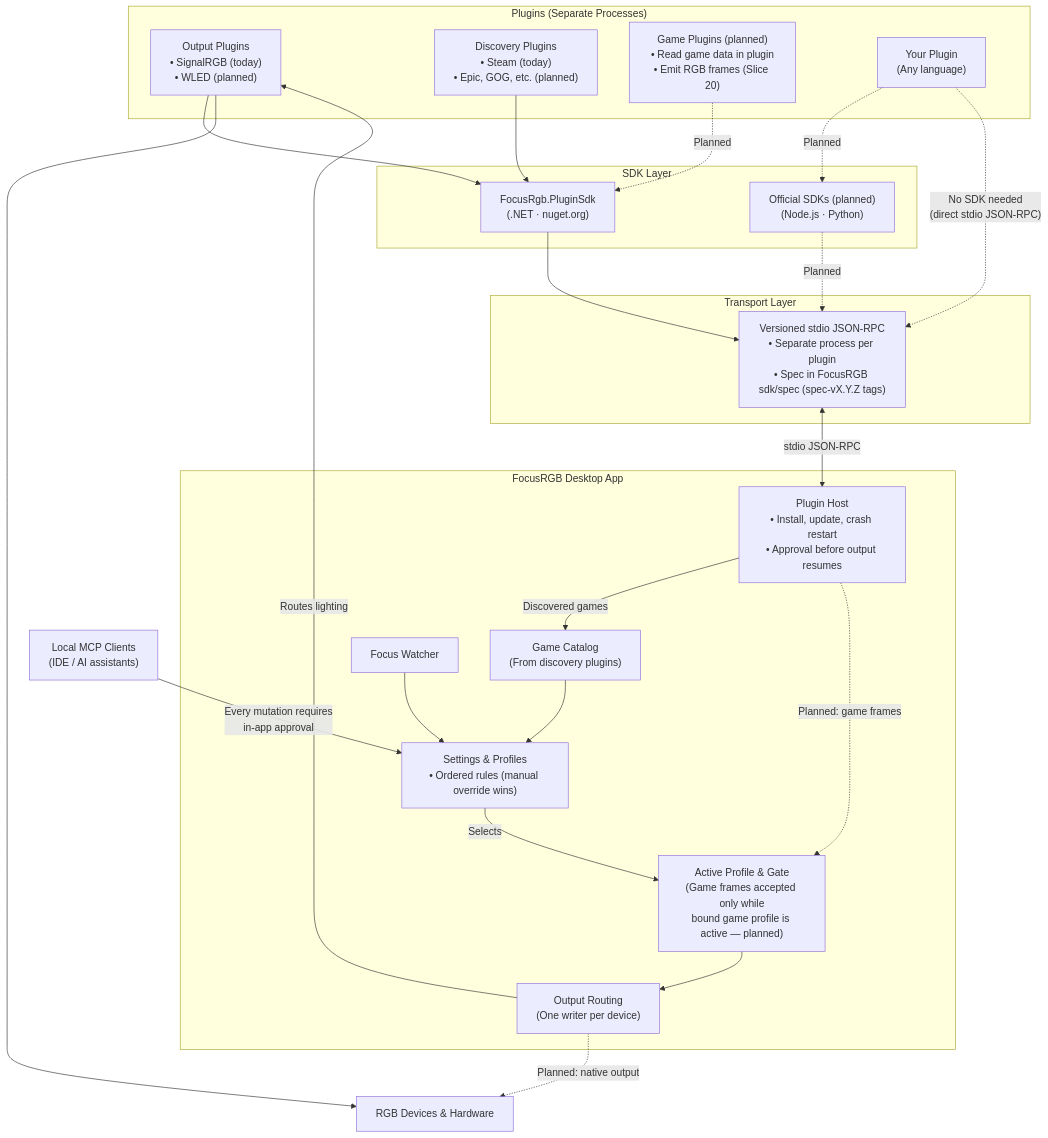
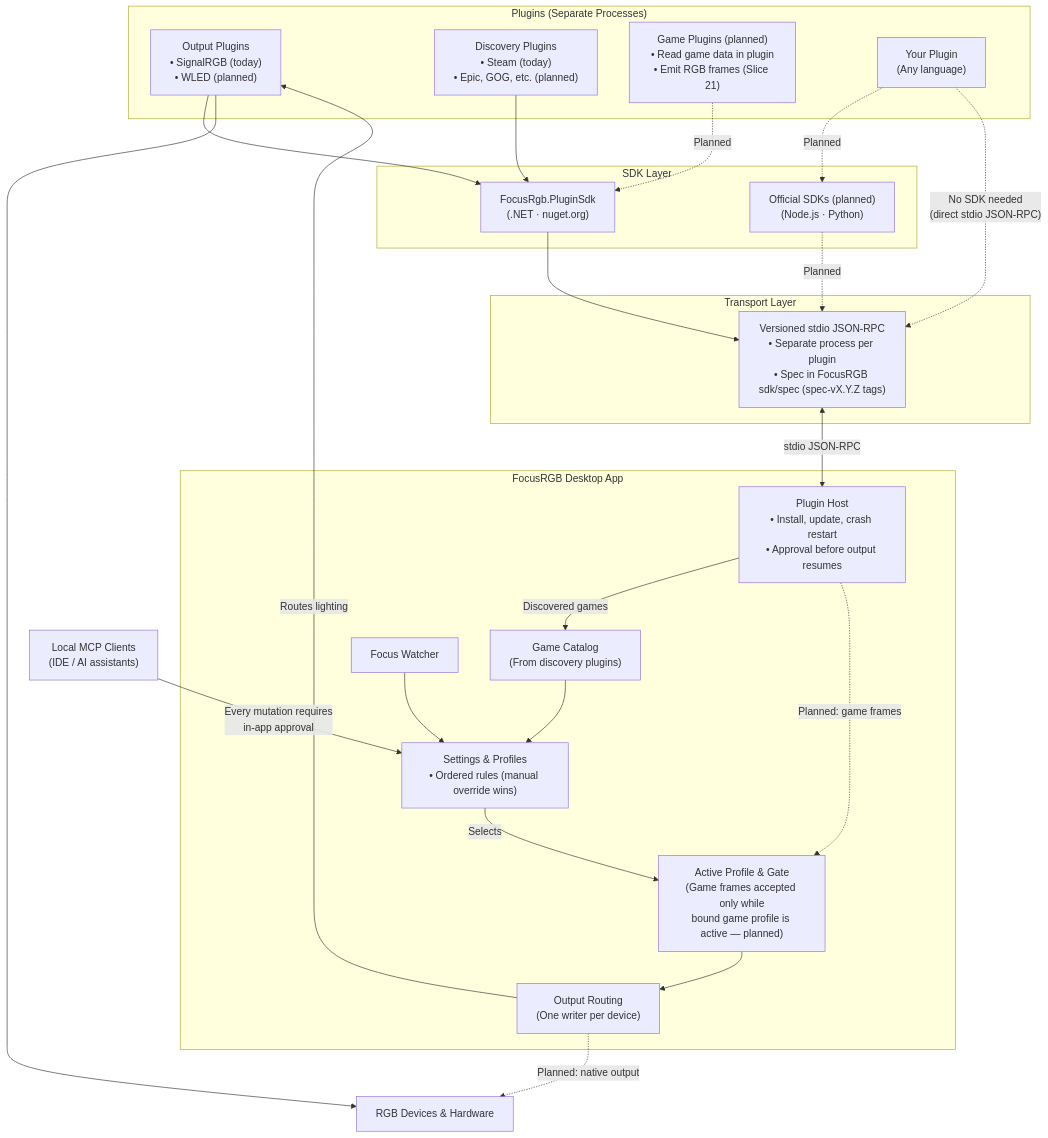
Before and after one commit to FocusRGB/.github: the diagram in profile/README.md, drawn with Mermaid.

Commit message:
docs: game plugin RGB frames are Slice 21
Decided 2026-10-29: #46 (placement model and renderer) is Slice 20 and
#48 (game API adapter, plugin RGB frames) is Slice 21.

````diff
--- a/profile/README.md
+++ b/profile/README.md
@@ -33,53 +33,53 @@
 ```mermaid
 flowchart TD
     subgraph Plugins["Plugins (Separate Processes)"]
         OutputPlugins["Output Plugins<br/>• SignalRGB (today)<br/>• WLED (planned)"]
         DiscoveryPlugins["Discovery Plugins<br/>• Steam (today)<br/>• Epic, GOG, etc. (planned)"]
-        GamePlugins["Game Plugins (planned)<br/>• Read game data in plugin<br/>• Emit RGB frames (Slice 20)"]
+        GamePlugins["Game Plugins (planned)<br/>• Read game data in plugin<br/>• Emit RGB frames (Slice 21)"]
         CustomPlugins["Your Plugin<br/>(Any language)"]
     end
 
     subgraph SDK["SDK Layer"]
         DotNetSdk["FocusRgb.PluginSdk<br/>(.NET · nuget.org)"]
         PlannedSdks["Official SDKs (planned)<br/>(Node.js · Python)"]
     end
 
     subgraph Transport["Transport Layer"]
         Stdio["Versioned stdio JSON-RPC<br/>• Separate process per plugin<br/>• Spec in FocusRGB sdk/spec (spec-vX.Y.Z tags)"]
     end
 
     subgraph App["FocusRGB Desktop App"]
         PluginHost["Plugin Host<br/>• Install, update, crash restart<br/>• Approval before output resumes"]
         GameCatalog["Game Catalog<br/>(From discovery plugins)"]
         FocusWatcher["Focus Watcher"]
         SettingsProfiles["Settings & Profiles<br/>• Ordered rules (manual override wins)"]
         ActiveProfile["Active Profile & Gate<br/>(Game frames accepted only while<br/>bound game profile is active — planned)"]
         OutputRouter["Output Routing<br/>(One writer per device)"]
     end
 
     McpClients["Local MCP Clients<br/>(IDE / AI assistants)"]
     Devices["RGB Devices & Hardware"]
 
     OutputPlugins --> DotNetSdk
     DiscoveryPlugins --> DotNetSdk
     GamePlugins -.->|"Planned"| DotNetSdk
     CustomPlugins -.->|"Planned"| PlannedSdks
     CustomPlugins -.->|"No SDK needed<br/>(direct stdio JSON-RPC)"| Stdio
 
     DotNetSdk --> Stdio
     PlannedSdks -.->|"Planned"| Stdio
 
     Stdio <-->|"stdio JSON-RPC"| PluginHost
 
     PluginHost -->|"Discovered games"| GameCatalog
     PluginHost -.->|"Planned: game frames"| ActiveProfile
     GameCatalog --> SettingsProfiles
     FocusWatcher --> SettingsProfiles
     SettingsProfiles -->|"Selects"| ActiveProfile
     ActiveProfile --> OutputRouter
     McpClients -->|"Every mutation requires<br/>in-app approval"| SettingsProfiles
 
     OutputRouter -->|"Routes lighting"| OutputPlugins
     OutputPlugins --> Devices
     OutputRouter -.->|"Planned: native output"| Devices
 ```
````
